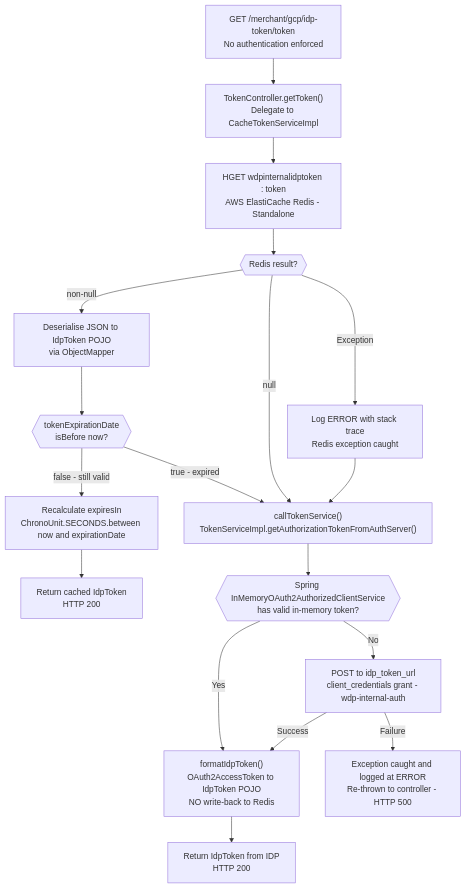
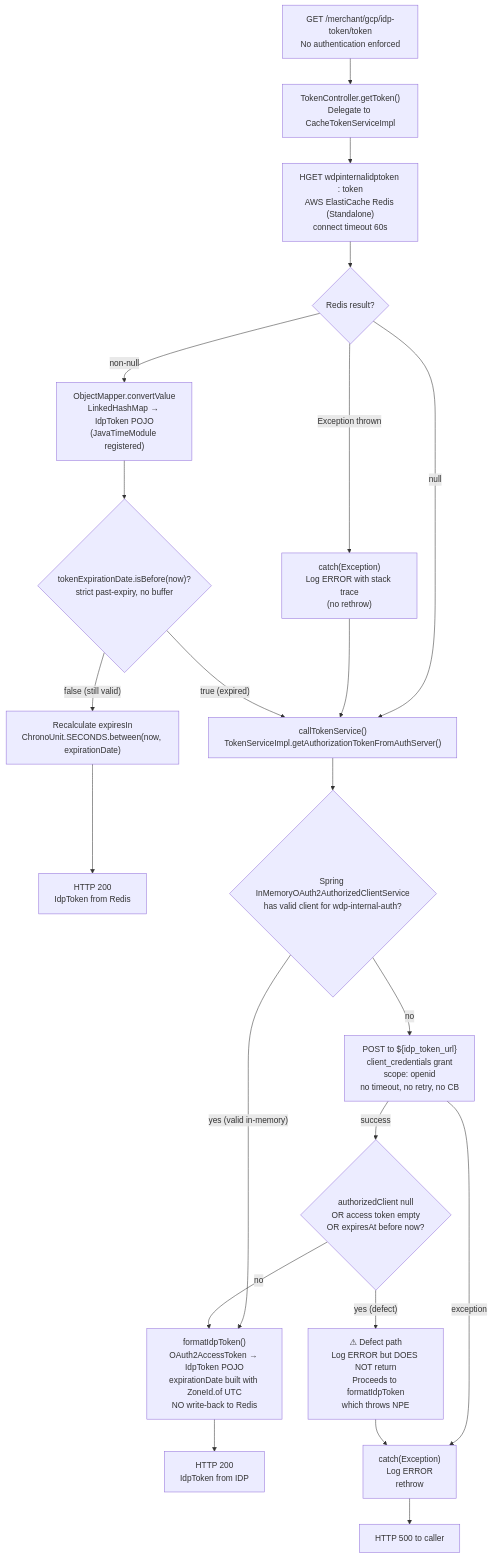
Before and after one commit to Ramas0409/DISPUTE-DOCUMENTS: the diagram in components/WDP-COMP-36-TOKEN-SERVICE.md, drawn with Mermaid. The commit also changed other lines of this file and 13 other files, not shown here.

````diff
--- a/components/WDP-COMP-36-TOKEN-SERVICE.md
+++ b/components/WDP-COMP-36-TOKEN-SERVICE.md
@@ -75,36 +88,43 @@
 ```mermaid
 flowchart TD
     IN["GET /merchant/gcp/idp-token/token<br/>No authentication enforced"]
     CTRL["TokenController.getToken()<br/>Delegate to CacheTokenServiceImpl"]
-    REDIS["HGET wdpinternalidptoken : token<br/>AWS ElastiCache Redis - Standalone"]
-    DEC_REDIS{{"Redis result?"}}
-    DESER["Deserialise JSON to IdpToken POJO<br/>via ObjectMapper"]
-    DEC_EXPIRY{{"tokenExpirationDate<br/>isBefore now?"}}
-    RECALC["Recalculate expiresIn<br/>ChronoUnit.SECONDS.between now and expirationDate"]
-    CACHE_HIT["Return cached IdpToken<br/>HTTP 200"]
-    REDIS_FAIL["Log ERROR with stack trace<br/>Redis exception caught"]
+    REDIS["HGET wdpinternalidptoken : token<br/>AWS ElastiCache Redis (Standalone)<br/>connect timeout 60s"]
+    DEC_REDIS{"Redis result?"}
+    DESER["ObjectMapper.convertValue<br/>LinkedHashMap → IdpToken POJO<br/>(JavaTimeModule registered)"]
+    DEC_EXPIRY{"tokenExpirationDate.isBefore(now)?<br/>strict past-expiry, no buffer"}
+    RECALC["Recalculate expiresIn<br/>ChronoUnit.SECONDS.between(now, expirationDate)"]
+    CACHE_HIT["HTTP 200<br/>IdpToken from Redis"]
+    REDIS_FAIL["catch(Exception)<br/>Log ERROR with stack trace<br/>(no rethrow)"]
     IDP_PATH["callTokenService()<br/>TokenServiceImpl.getAuthorizationTokenFromAuthServer()"]
-    SPRING_INMEM{{"Spring InMemoryOAuth2AuthorizedClientService<br/>has valid in-memory token?"}}
-    IDP_CALL["POST to idp_token_url<br/>client_credentials grant - wdp-internal-auth"]
-    IDP_ERR["Exception caught and logged at ERROR<br/>Re-thrown to controller - HTTP 500"]
-    FORMAT["formatIdpToken()<br/>OAuth2AccessToken to IdpToken POJO<br/>NO write-back to Redis"]
-    RETURN_IDP["Return IdpToken from IDP<br/>HTTP 200"]
+    SPRING_INMEM{"Spring InMemoryOAuth2AuthorizedClientService<br/>has valid client for wdp-internal-auth?"}
+    IDP_CALL["POST to ${idp_token_url}<br/>client_credentials grant<br/>scope: openid<br/>no timeout, no retry, no CB"]
+    CHECK_NULL{"authorizedClient null<br/>OR access token empty<br/>OR expiresAt before now?"}
+    NPE_PATH["⚠ Defect path<br/>Log ERROR but DOES NOT return<br/>Proceeds to formatIdpToken<br/>which throws NPE"]
+    HTTP500["HTTP 500 to caller"]
+    FORMAT["formatIdpToken()<br/>OAuth2AccessToken → IdpToken POJO<br/>expirationDate built with ZoneId.of UTC<br/>NO write-back to Redis"]
+    RETURN_IDP["HTTP 200<br/>IdpToken from IDP"]
+    IDP_ERR["catch(Exception)<br/>Log ERROR<br/>rethrow"]
 
     IN --> CTRL
     CTRL --> REDIS
     REDIS --> DEC_REDIS
     DEC_REDIS -->|"non-null"| DESER
     DEC_REDIS -->|"null"| IDP_PATH
-    DEC_REDIS -->|"Exception"| REDIS_FAIL
+    DEC_REDIS -->|"Exception thrown"| REDIS_FAIL
     REDIS_FAIL --> IDP_PATH
     DESER --> DEC_EXPIRY
-    DEC_EXPIRY -->|"false - still valid"| RECALC
-    DEC_EXPIRY -->|"true - expired"| IDP_PATH
+    DEC_EXPIRY -->|"false (still valid)"| RECALC
+    DEC_EXPIRY -->|"true (expired)"| IDP_PATH
     RECALC --> CACHE_HIT
     IDP_PATH --> SPRING_INMEM
-    SPRING_INMEM -->|"Yes"| FORMAT
-    SPRING_INMEM -->|"No"| IDP_CALL
-    IDP_CALL -->|"Success"| FORMAT
-    IDP_CALL -->|"Failure"| IDP_ERR
+    SPRING_INMEM -->|"yes (valid in-memory)"| FORMAT
+    SPRING_INMEM -->|"no"| IDP_CALL
+    IDP_CALL -->|"success"| CHECK_NULL
+    IDP_CALL -->|"exception"| IDP_ERR
+    IDP_ERR --> HTTP500
+    CHECK_NULL -->|"yes (defect)"| NPE_PATH
+    CHECK_NULL -->|"no"| FORMAT
+    NPE_PATH --> IDP_ERR
     FORMAT --> RETURN_IDP
 ```
````
